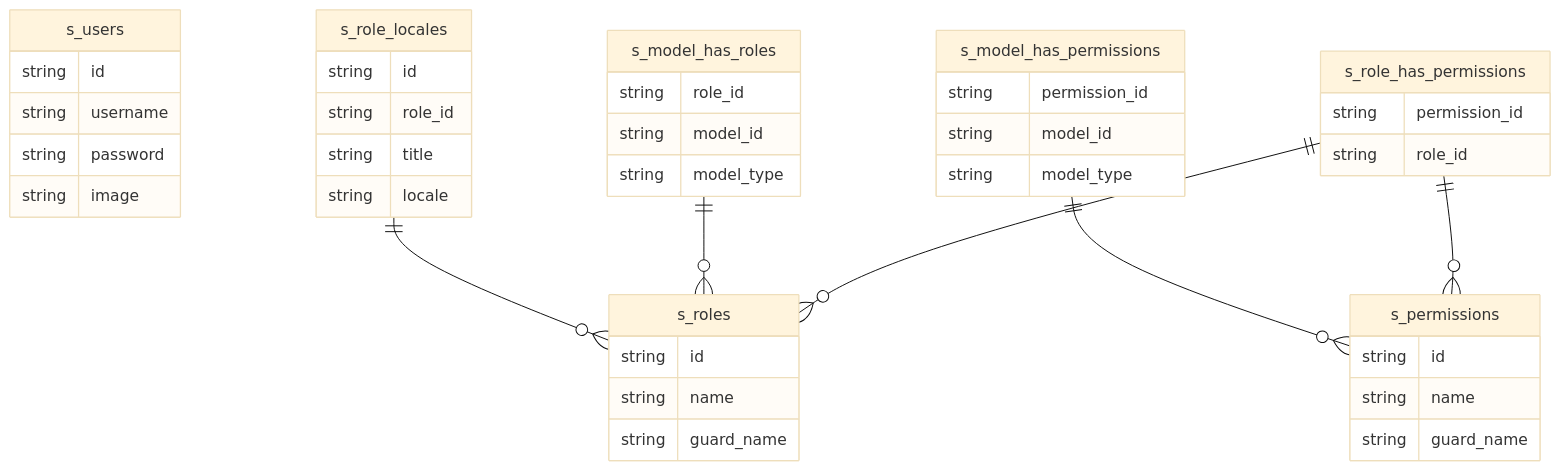
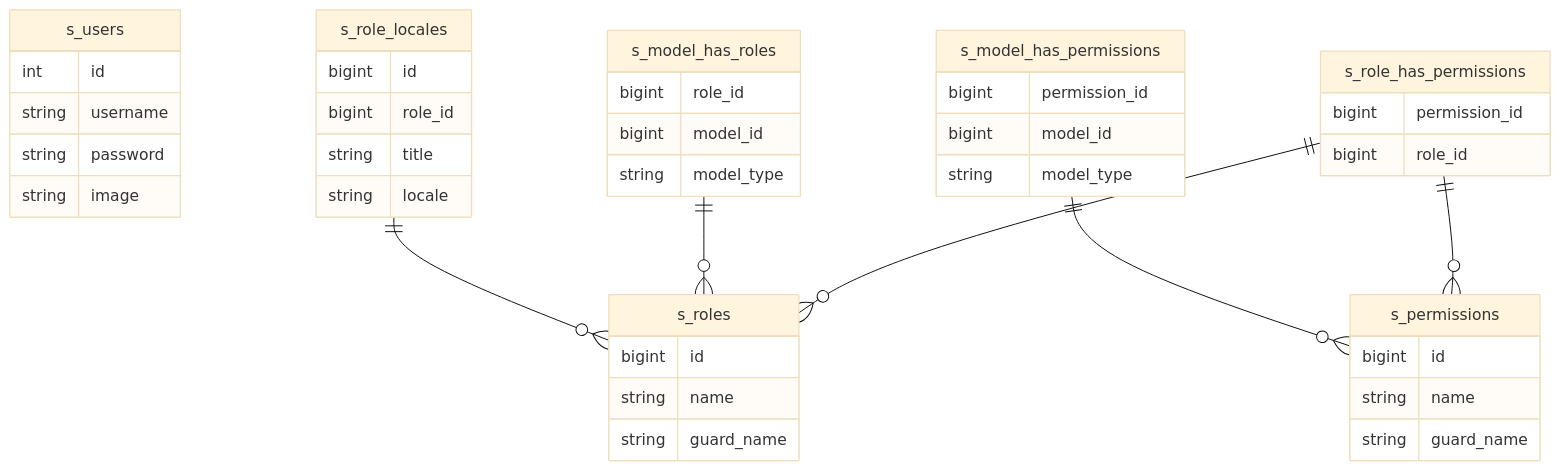
Before and after one commit to grey-dev-0/oaters: the diagram in docs/database/sapphire-diagram.md, drawn with Mermaid (base theme). The commit also changed 11 other files, not shown here.

````diff
--- a/docs/database/sapphire-diagram.md
+++ b/docs/database/sapphire-diagram.md
@@ -3,45 +3,45 @@
 ```mermaid
 erDiagram
     s_users {
-        string id
+        int id
         string username
         string password
         string image
     }
     s_permissions {
-        string id
+        bigint id
         string name
         string guard_name
     }
     s_roles {
-        string id
+        bigint id
         string name
         string guard_name
     }
     s_role_locales {
-        string id
-        string role_id
+        bigint id
+        bigint role_id
         string title
         string locale
     }
     s_model_has_permissions {
-        string permission_id
-        string model_id
+        bigint permission_id
+        bigint model_id
         string model_type
     }
     s_model_has_roles {
-        string role_id
-        string model_id
+        bigint role_id
+        bigint model_id
         string model_type
     }
     s_role_has_permissions {
-        string permission_id
-        string role_id
+        bigint permission_id
+        bigint role_id
     }
     s_role_locales ||--o{ s_roles : ""
     s_model_has_permissions ||--o{ s_permissions : ""
     s_model_has_roles ||--o{ s_roles : ""
     s_role_has_permissions ||--o{ s_permissions : ""
     s_role_has_permissions ||--o{ s_roles : ""
 
 ```
````
